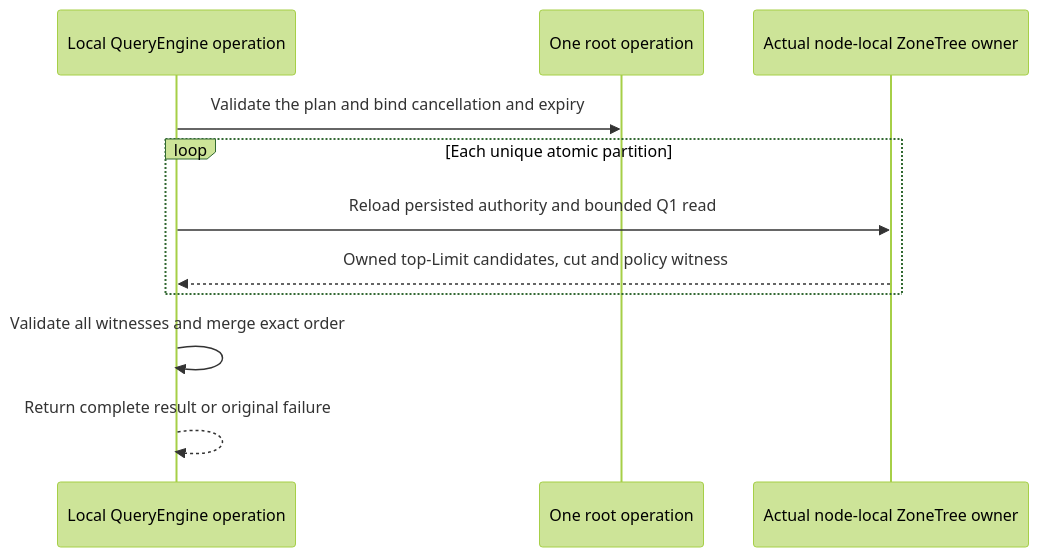
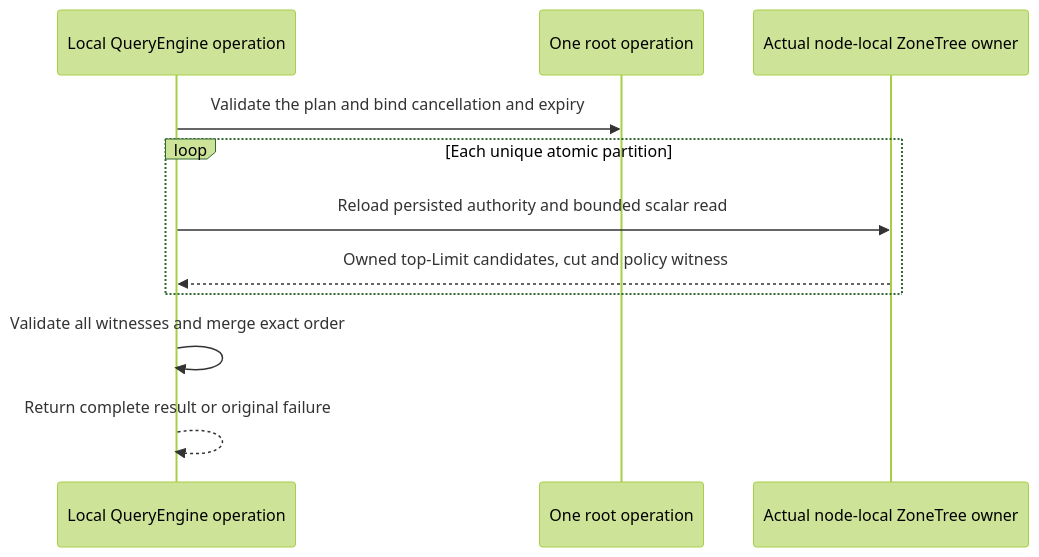
One commit to managedcode/KeyLoad changed the diagram in docs/ADR/ADR-100-local-partition-query-merge.md. Above: the diagram before and after it, drawn with Mermaid (forest theme). The commit also changed other lines of this file and 856 other files, not shown here.

````diff
--- a/docs/ADR/ADR-100-local-partition-query-merge.md
+++ b/docs/ADR/ADR-100-local-partition-query-merge.md
@@ -103,13 +103,13 @@
 ```mermaid
 sequenceDiagram
     participant Q as Local QueryEngine operation
     participant B as One root operation
     participant Z as Actual node-local ZoneTree owner
     Q->>B: Validate the plan and bind cancellation and expiry
     loop Each unique atomic partition
-        Q->>Z: Reload persisted authority and bounded Q1 read
+        Q->>Z: Reload persisted authority and bounded scalar read
         Z-->>Q: Owned top-Limit candidates, cut and policy witness
     end
     Q->>Q: Validate all witnesses and merge exact order
     Q-->>Q: Return complete result or original failure
 ```
````
